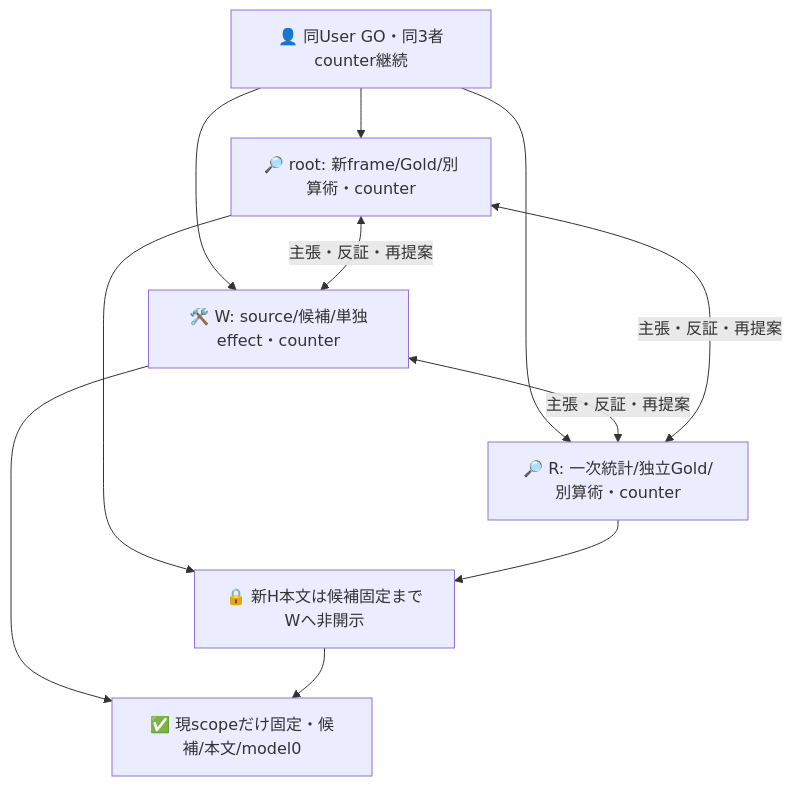
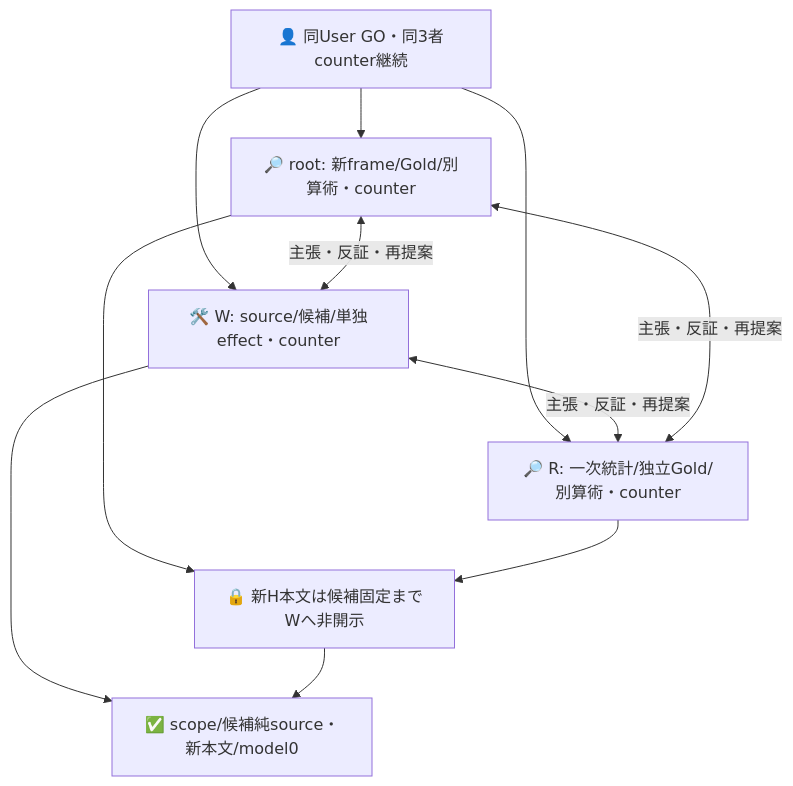
Before and after one commit to roccho-org/ops: the first of 2 diagrams in experiments/sys1-eval-loop/observation/README.md, drawn with Mermaid. The commit also changed other lines of this file and 4 other files, not shown here.

````diff
--- a/experiments/sys1-eval-loop/observation/README.md
+++ b/experiments/sys1-eval-loop/observation/README.md
@@ -45,13 +45,13 @@
 ```mermaid
 flowchart TB
   U["👤 同User GO・同3者counter継続"] --> P["🔎 root: 新frame/Gold/別算術・counter"]
   U --> W["🛠️ W: source/候補/単独effect・counter"]
   U --> R["🔎 R: 一次統計/独立Gold/別算術・counter"]
   P <-->|主張・反証・再提案| W
   W <-->|主張・反証・再提案| R
   R <-->|主張・反証・再提案| P
   P --> K["🔒 新H本文は候補固定までWへ非開示"]
   R --> K
-  W --> C["✅ 現scopeだけ固定・候補/本文/model0"]
+  W --> C["✅ scope/候補純source・新本文/model0"]
   K --> C
 ```
````
